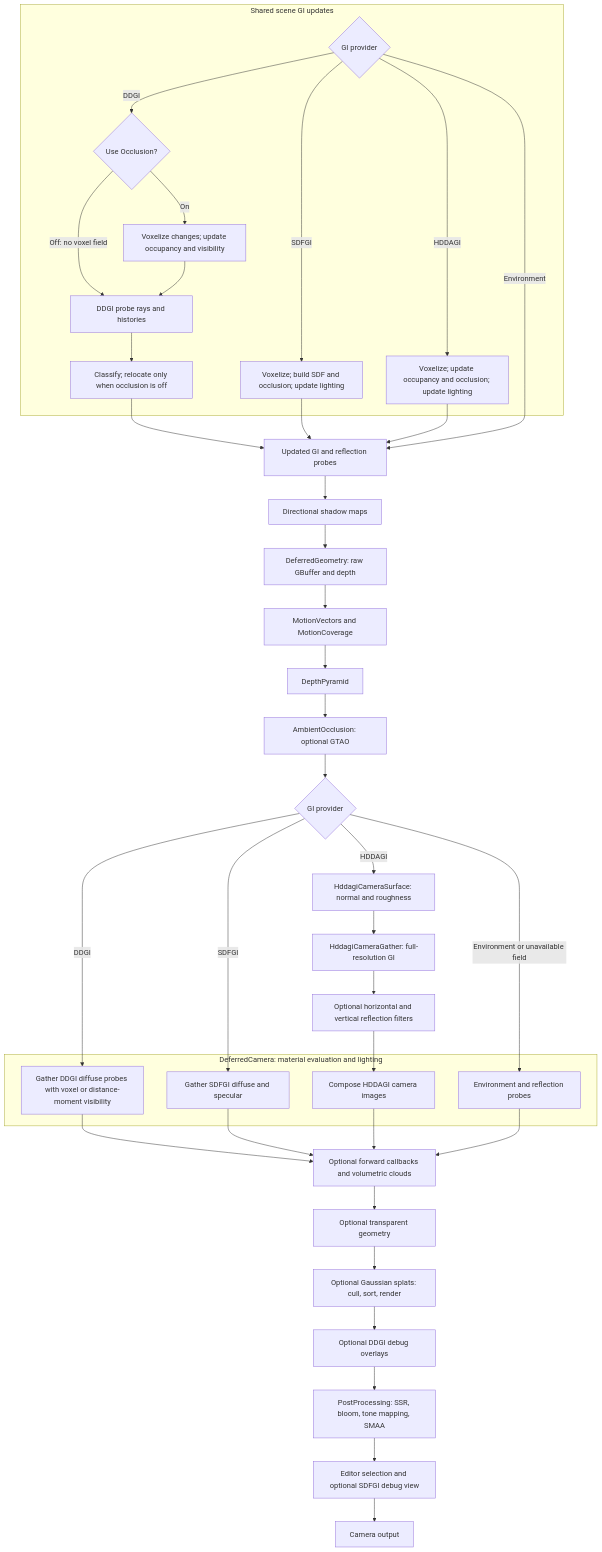
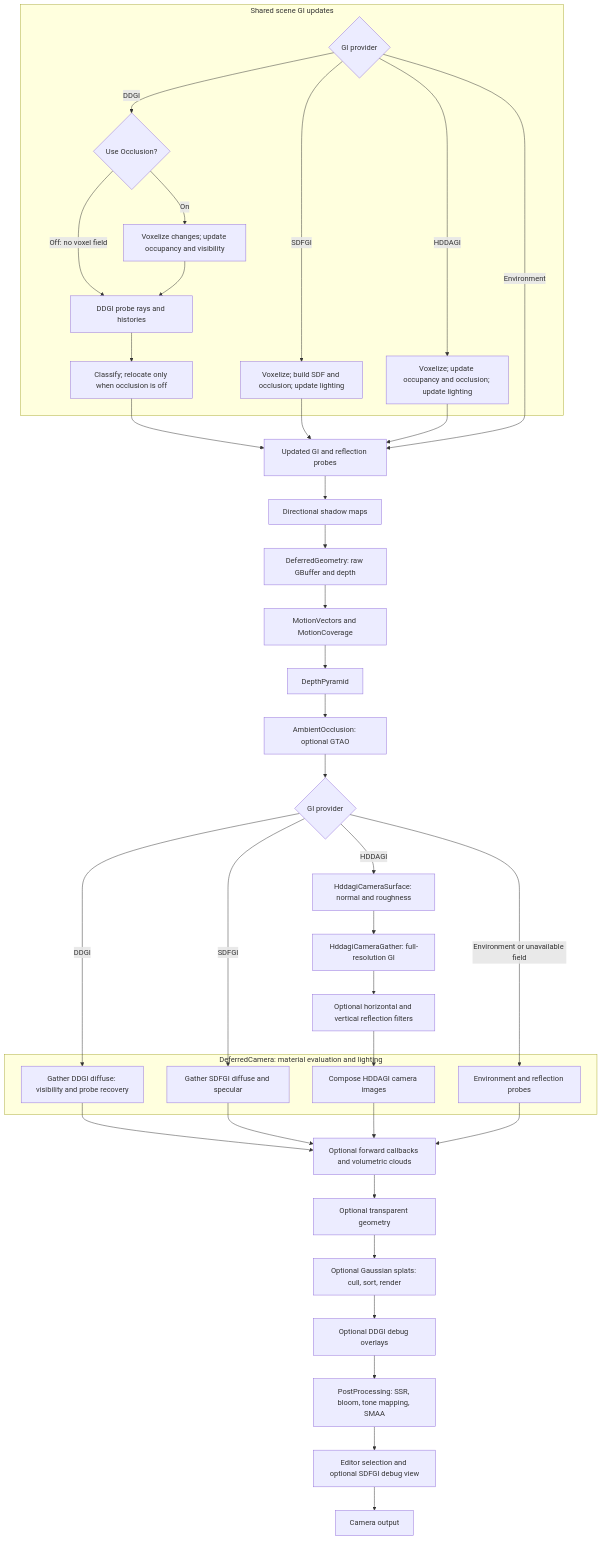
The fourth of 4 diagrams in docs/rendering.md (edisonlee0212/EvoEngine), drawn with Mermaid before and after one commit. The commit also changed 14 other files, not shown here.

Commit message:
Improve DDGI recovery within cascade coverage

````diff
--- a/docs/rendering.md
+++ b/docs/rendering.md
@@ -140,45 +140,45 @@
 ```mermaid
 flowchart TD
   subgraph S[Shared scene GI updates]
     S0{GI provider} -->|DDGI| S1{Use Occlusion?}
     S1 -->|On| S2[Voxelize changes; update occupancy and visibility]
     S1 -->|Off: no voxel field| S3[DDGI probe rays and histories]
     S2 --> S3
     S3 --> S4[Classify; relocate only when occlusion is off]
     S0 -->|SDFGI| S5[Voxelize; build SDF and occlusion; update lighting]
     S0 -->|HDDAGI| S6[Voxelize; update occupancy and occlusion; update lighting]
   end
   S4 --> A[Updated GI and reflection probes]
   S5 --> A
   S6 --> A
   S0 -->|Environment| A
   A --> B[Directional shadow maps]
   B --> C[DeferredGeometry: raw GBuffer and depth]
   C --> D[MotionVectors and MotionCoverage]
   D --> E[DepthPyramid]
   E --> F[AmbientOcclusion: optional GTAO]
   F --> G{GI provider}
   G -->|HDDAGI| H[HddagiCameraSurface: normal and roughness]
   H --> I[HddagiCameraGather: full-resolution GI]
   I --> J[Optional horizontal and vertical reflection filters]
   subgraph K[DeferredCamera: material evaluation and lighting]
-    KD[Gather DDGI diffuse probes with voxel or distance-moment visibility]
+    KD[Gather DDGI diffuse: visibility and probe recovery]
     KS[Gather SDFGI diffuse and specular]
     KH[Compose HDDAGI camera images]
     KE[Environment and reflection probes]
   end
   G -->|DDGI| KD
   G -->|SDFGI| KS
   G -->|Environment or unavailable field| KE
   J --> KH
   KD --> L[Optional forward callbacks and volumetric clouds]
   KS --> L
   KH --> L
   KE --> L
   L --> M[Optional transparent geometry]
   M --> N[Optional Gaussian splats: cull, sort, render]
   N --> O[Optional DDGI debug overlays]
   O --> P[PostProcessing: SSR, bloom, tone mapping, SMAA]
   P --> Q[Editor selection and optional SDFGI debug view]
   Q --> R[Camera output]
 ```
````
